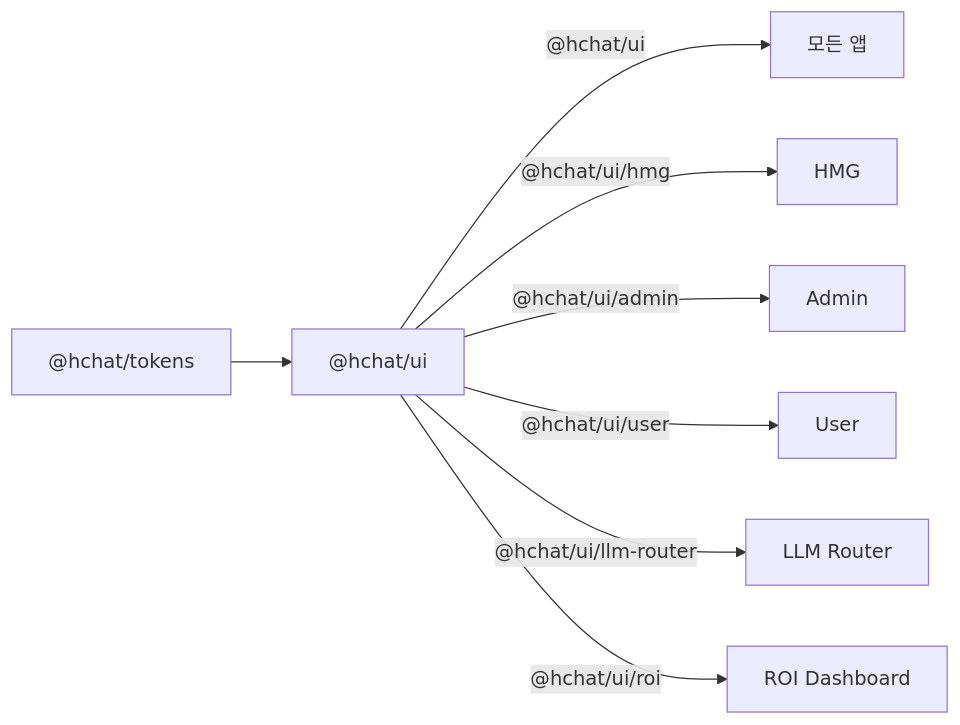
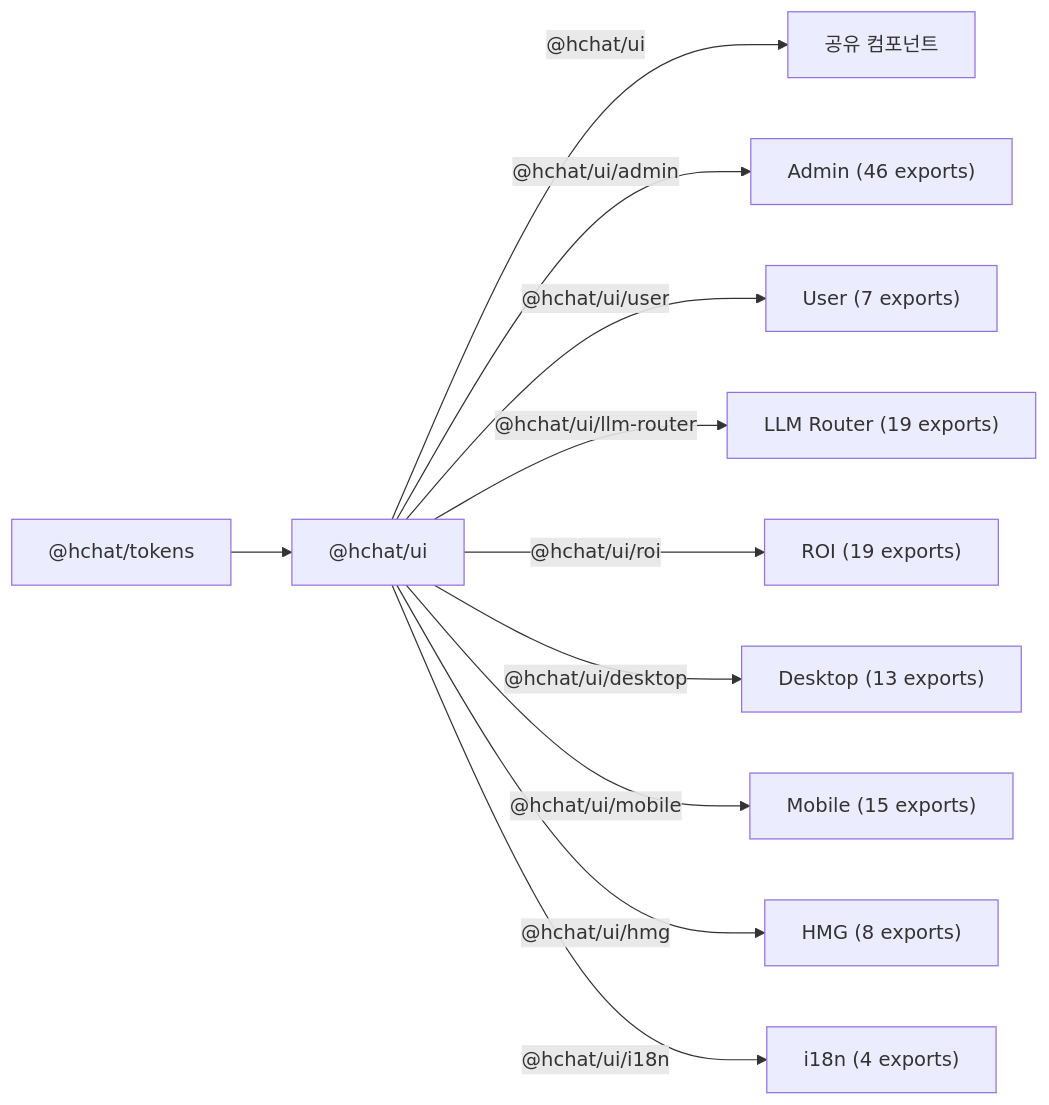
The second of 11 diagrams in docs/ARCHITECTURE.md (sgtlim0/sgtlim0.github.io), drawn with Mermaid before and after one commit. The commit also changed other lines of this file and 23 other files, not shown here.

````diff
--- a/docs/ARCHITECTURE.md
+++ b/docs/ARCHITECTURE.md
@@ -52,10 +59,13 @@
 ```mermaid
 graph LR
     TOKENS["@hchat/tokens"] --> UI["@hchat/ui"]
-    UI --> |"@hchat/ui"| APPS["모든 앱"]
-    UI --> |"@hchat/ui/hmg"| HMG["HMG"]
-    UI --> |"@hchat/ui/admin"| ADMIN["Admin"]
-    UI --> |"@hchat/ui/user"| USER["User"]
-    UI --> |"@hchat/ui/llm-router"| LLM["LLM Router"]
-    UI --> |"@hchat/ui/roi"| ROI["ROI Dashboard"]
+    UI --> |"@hchat/ui"| SHARED["공유 컴포넌트"]
+    UI --> |"@hchat/ui/admin"| ADMIN["Admin (46 exports)"]
+    UI --> |"@hchat/ui/user"| USER["User (7 exports)"]
+    UI --> |"@hchat/ui/llm-router"| LLM["LLM Router (19 exports)"]
+    UI --> |"@hchat/ui/roi"| ROI["ROI (19 exports)"]
+    UI --> |"@hchat/ui/desktop"| DESK["Desktop (13 exports)"]
+    UI --> |"@hchat/ui/mobile"| MOBI["Mobile (15 exports)"]
+    UI --> |"@hchat/ui/hmg"| HMG["HMG (8 exports)"]
+    UI --> |"@hchat/ui/i18n"| I18N["i18n (4 exports)"]
 ```
````
